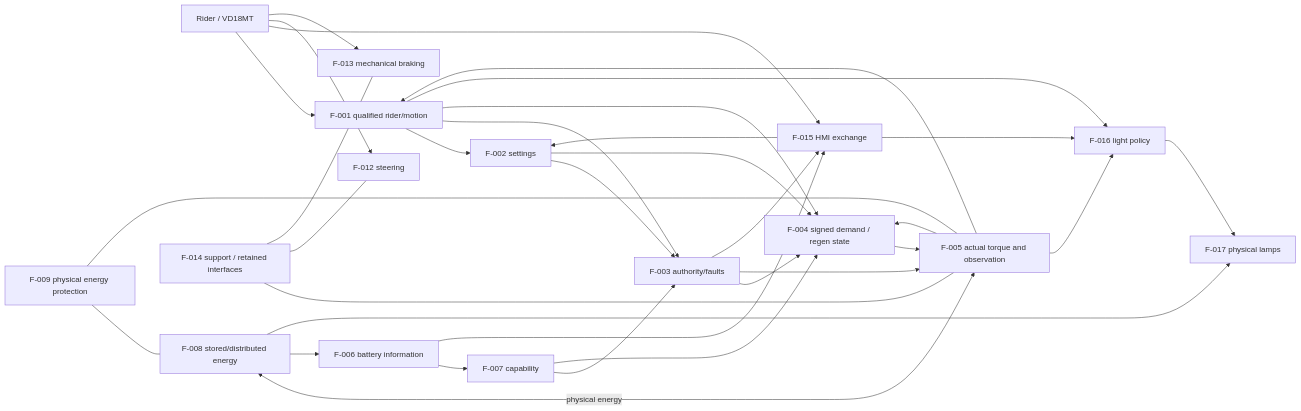
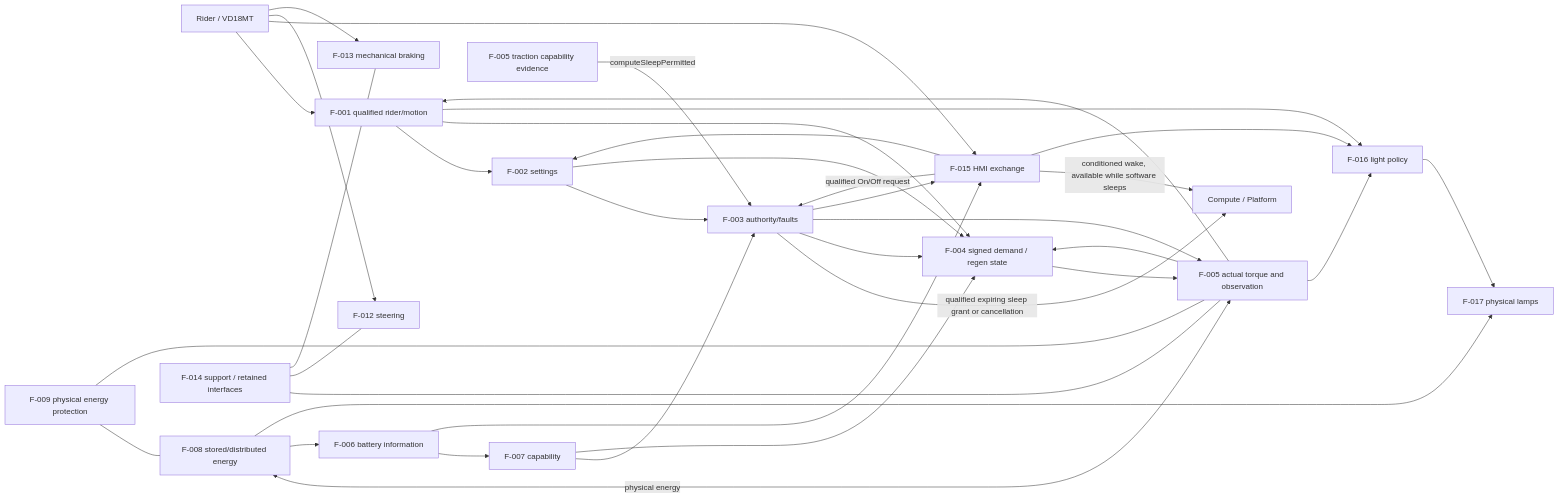
One commit to dhellhake/X2CityMCU changed the first of 2 diagrams in .devenv/Architecture/FC-001_Functional_Concept.md. Above: the diagram before and after it, drawn with Mermaid. The commit also changed other lines of this file and 33 other files, not shown here.

````diff
--- a/.devenv/Architecture/FC-001_Functional_Concept.md
+++ b/.devenv/Architecture/FC-001_Functional_Concept.md
@@ -72,35 +72,38 @@
 ```mermaid
 flowchart LR
     Rider["Rider / VD18MT"] --> I["F-001 qualified rider/motion"]
     Rider --> H["F-015 HMI exchange"]
+    H -->|qualified On/Off request| Session["F-003 authority/faults"]
+    H -->|conditioned wake, available while software sleeps| Compute
     H --> Set["F-002 settings"]
     I --> Set
-    I --> Session["F-003 authority/faults"]
     Set --> Session
+    Traction["F-005 traction capability evidence"] -->|computeSleepPermitted| Session
+    Session -->|qualified expiring sleep grant or cancellation| Compute["Compute / Platform"]
     I --> Demand["F-004 signed demand / regen state"]
     Set --> Demand
     Session --> Demand
     Session --> Torque["F-005 actual torque and observation"]
     Demand --> Torque
     Torque --> I
     Torque --> Demand
     B["F-006 battery information"] --> Cap["F-007 capability"]
     Cap --> Session
     Cap --> Demand
     Store["F-008 stored/distributed energy"] <-->|physical energy| Torque
     Store --> B
     Protect["F-009 physical energy protection"] --- Store
     Protect --- Torque
     Session --> H
     B --> H
     H --> LP["F-016 light policy"]
     I --> LP
     Torque --> LP
     LP --> Lamps["F-017 physical lamps"]
     Store --> Lamps
     Rider --> Steer["F-012 steering"]
     Rider --> Brake["F-013 mechanical braking"]
     Mech["F-014 support / retained interfaces"] --- Torque
     Mech --- Steer
     Mech --- Brake
 ```
````
